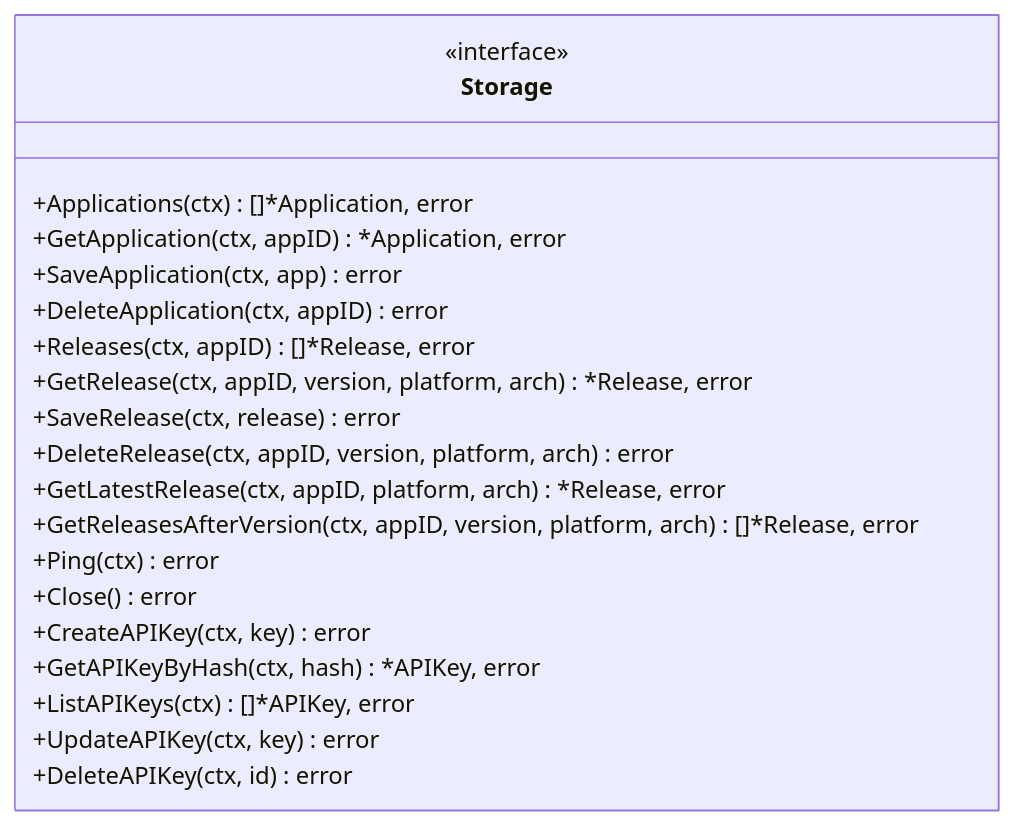
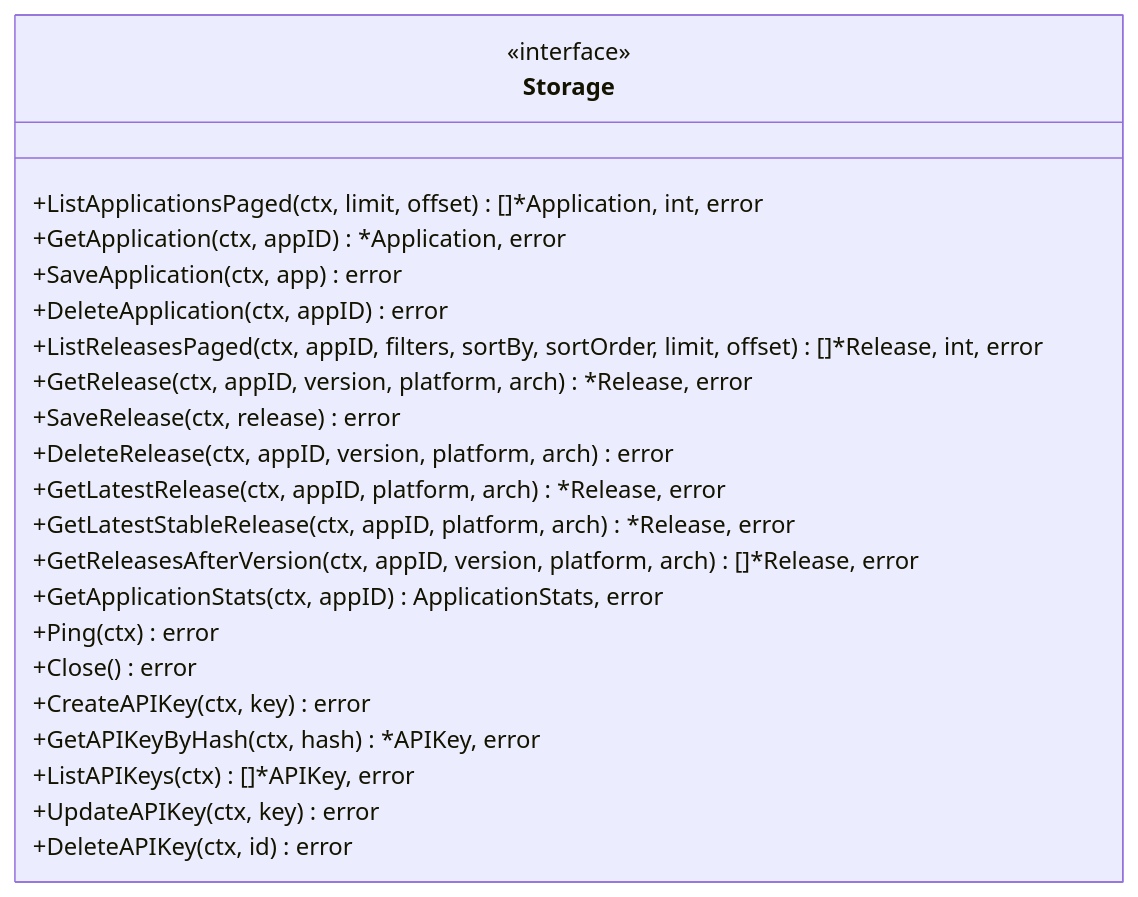
One commit to griffinskudder/updater changed the second of 3 diagrams in docs/storage.md. Above: the diagram before and after it, drawn with Mermaid. The commit also changed other lines of this file and 29 other files, not shown here.

````diff
--- a/docs/storage.md
+++ b/docs/storage.md
@@ -35,23 +35,25 @@
 ```mermaid
 classDiagram
     class Storage {
         <<interface>>
-        +Applications(ctx) []*Application, error
+        +ListApplicationsPaged(ctx, limit, offset) []*Application, int, error
         +GetApplication(ctx, appID) *Application, error
         +SaveApplication(ctx, app) error
         +DeleteApplication(ctx, appID) error
-        +Releases(ctx, appID) []*Release, error
+        +ListReleasesPaged(ctx, appID, filters, sortBy, sortOrder, limit, offset) []*Release, int, error
         +GetRelease(ctx, appID, version, platform, arch) *Release, error
         +SaveRelease(ctx, release) error
         +DeleteRelease(ctx, appID, version, platform, arch) error
         +GetLatestRelease(ctx, appID, platform, arch) *Release, error
+        +GetLatestStableRelease(ctx, appID, platform, arch) *Release, error
         +GetReleasesAfterVersion(ctx, appID, version, platform, arch) []*Release, error
+        +GetApplicationStats(ctx, appID) ApplicationStats, error
         +Ping(ctx) error
         +Close() error
         +CreateAPIKey(ctx, key) error
         +GetAPIKeyByHash(ctx, hash) *APIKey, error
         +ListAPIKeys(ctx) []*APIKey, error
         +UpdateAPIKey(ctx, key) error
         +DeleteAPIKey(ctx, id) error
     }
 ```
````
